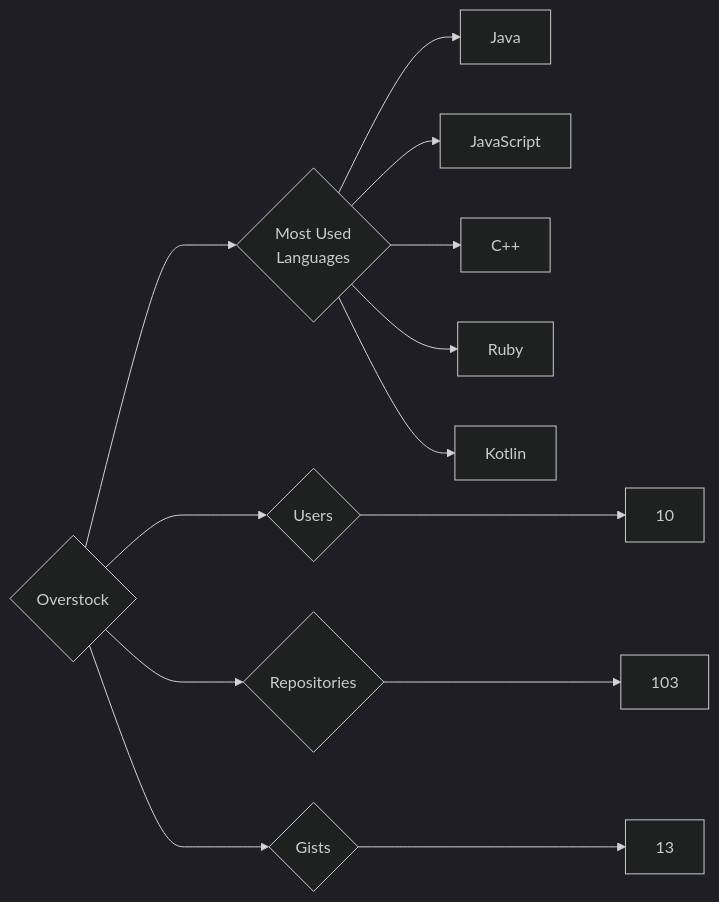
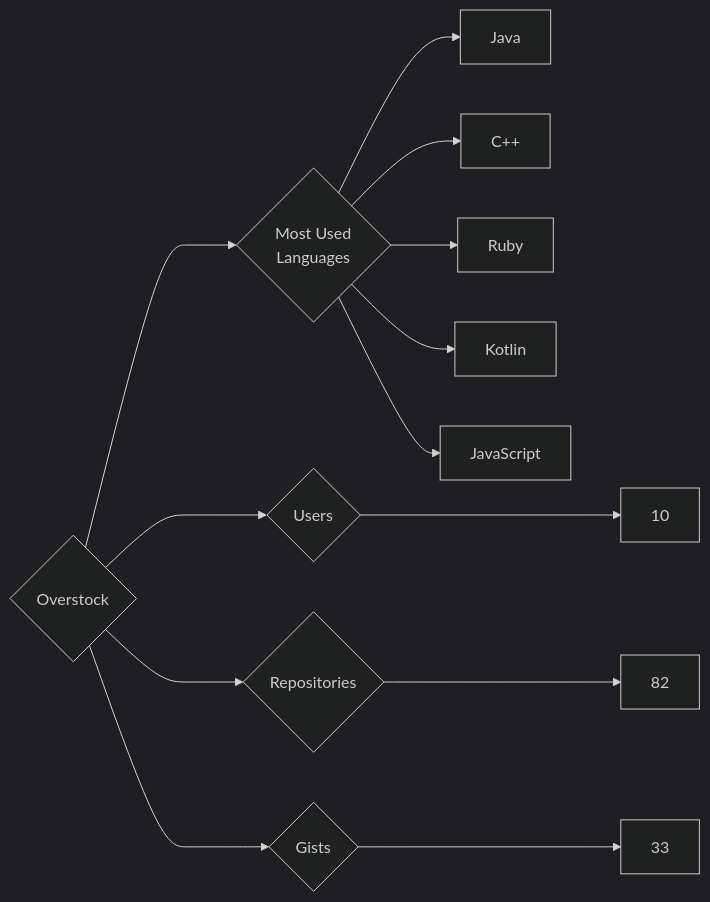
The diagram in targets/Overstock/README.md (trickest/insiders), drawn with Mermaid (dark theme) before and after one commit. The commit also changed 1389 other files, not shown here.

````diff
--- a/targets/Overstock/README.md
+++ b/targets/Overstock/README.md
@@ -3,13 +3,13 @@
 ```mermaid
 graph LR
 COMPANY_NAME{Overstock}
 COMPANY_NAME ---> U{Users} ---> UN[10]
-COMPANY_NAME ---> R{Repositories} ---> RN[103]
-COMPANY_NAME ---> G{Gists} ---> GN[13]
+COMPANY_NAME ---> R{Repositories} ---> RN[82]
+COMPANY_NAME ---> G{Gists} ---> GN[33]
 COMPANY_NAME ---> ML{Most Used<br>Languages}
 ML --> Java[Java]
-ML --> JavaScript[JavaScript]
 ML --> C++[C++]
 ML --> Ruby[Ruby]
 ML --> Kotlin[Kotlin]
+ML --> JavaScript[JavaScript]
 ```
````
